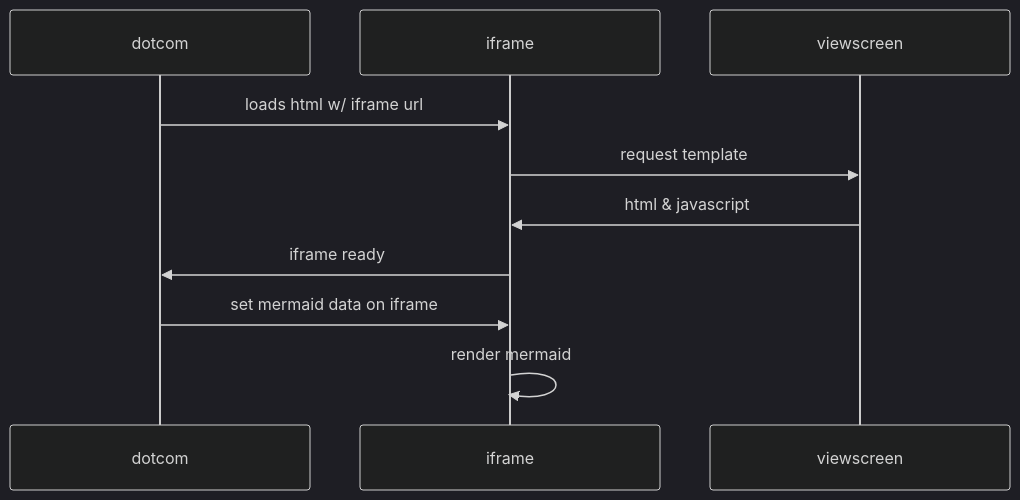
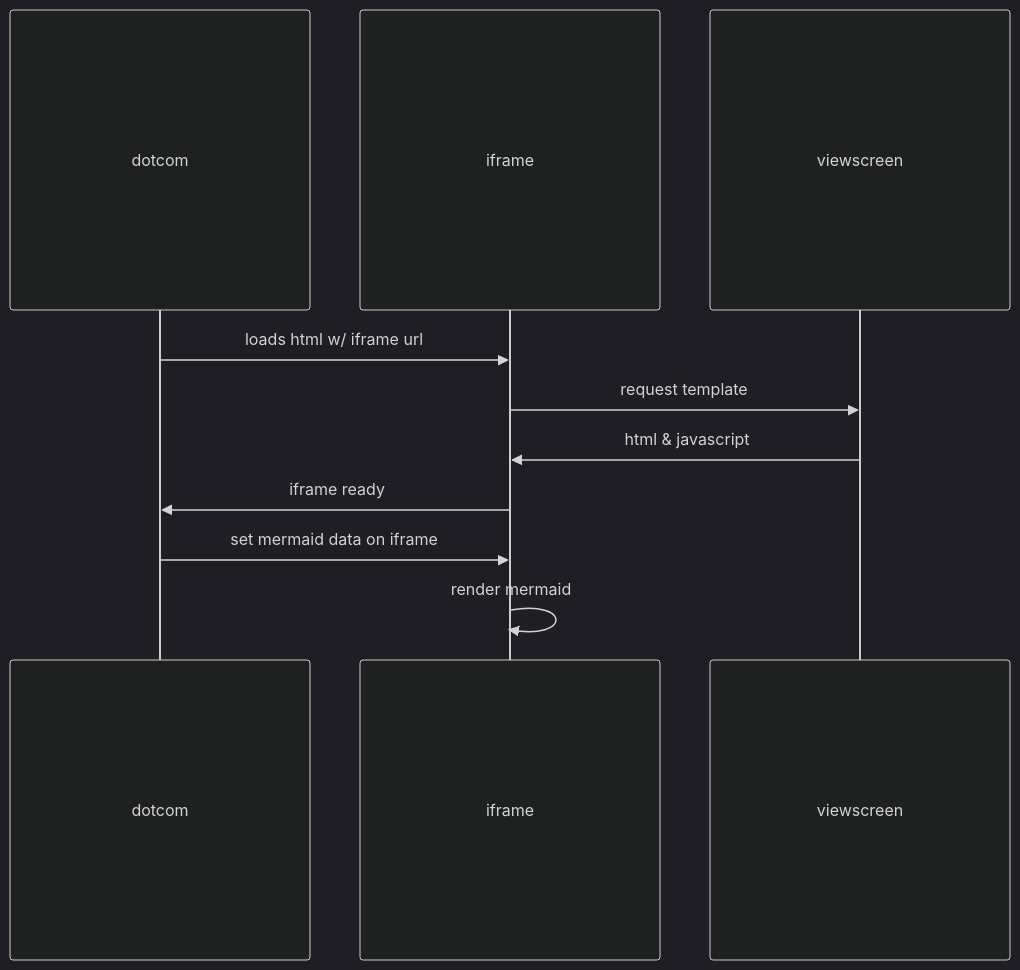
One commit to VNG-Realisatie/VNG-R-Respec-Template changed the second of 7 diagrams in mermaid.md. Above: the diagram before and after it, drawn with Mermaid (dark theme).

````diff
--- a/mermaid.md
+++ b/mermaid.md
@@ -41,13 +41,13 @@
 ```mermaid
-%%{init: { "sequence": { "width":300 } } }%%
+%%{init: { "sequence": { "width":300, "height":300 } } }%%
 sequenceDiagram
     participant dotcom
     participant iframe
     participant viewscreen
     dotcom->>iframe: loads html w/ iframe url
     iframe->>viewscreen: request template
     viewscreen->>iframe: html & javascript
     iframe->>dotcom: iframe ready
     dotcom->>iframe: set mermaid data on iframe
     iframe->>iframe: render mermaid
 ```
````
